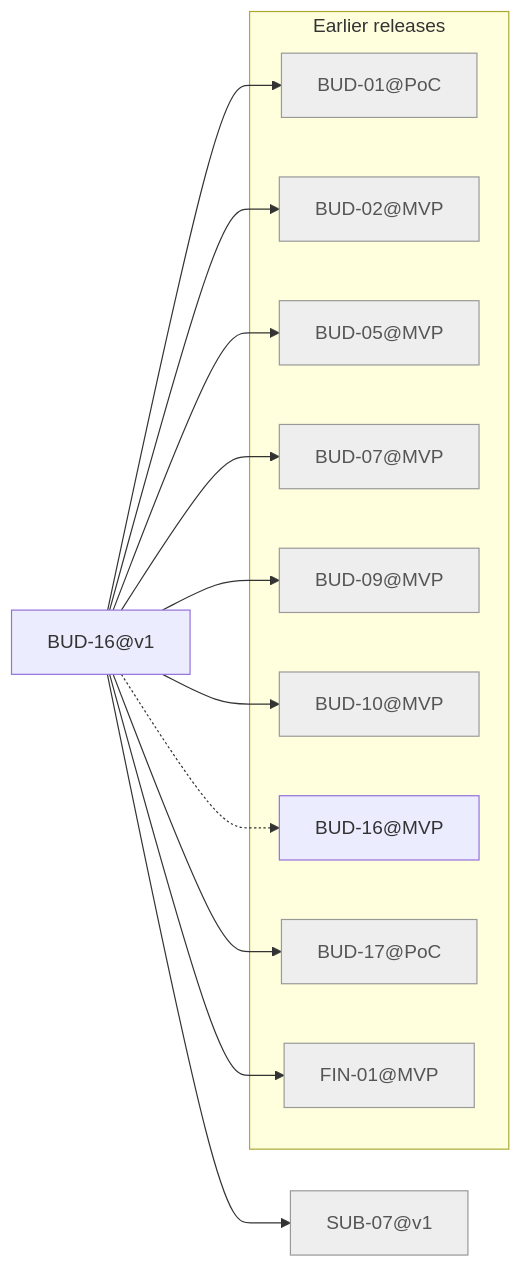
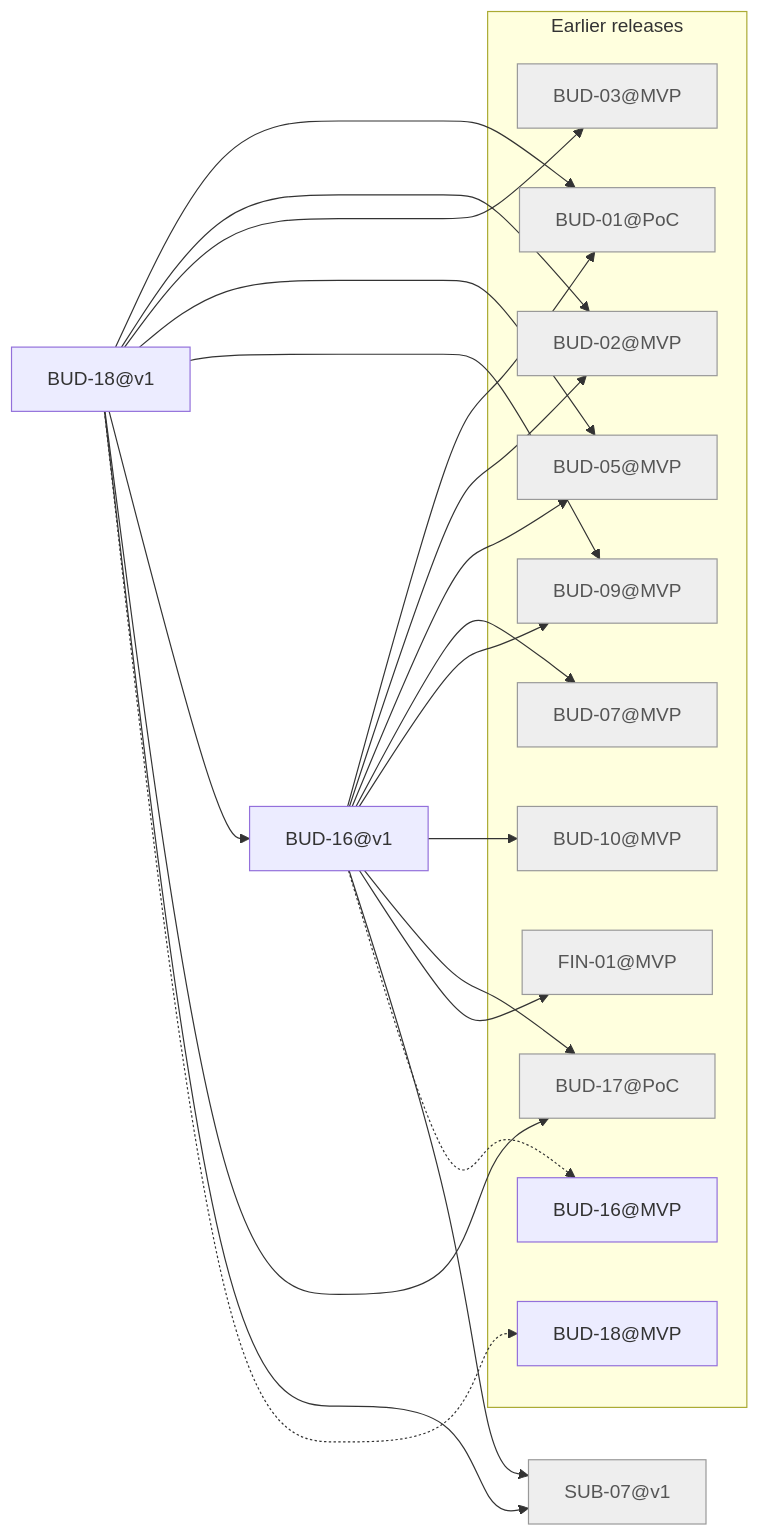
Before and after one commit to minakovval/Willowsum: the diagram in docs/traceability/release-v1.md, drawn with Mermaid. The commit also changed other lines of this file and 20 other files, not shown here.

````diff
--- a/docs/traceability/release-v1.md
+++ b/docs/traceability/release-v1.md
@@ -17,28 +18,40 @@
 ```mermaid
 flowchart LR
   BUD_16_v1["BUD-16@v1"]
+  BUD_18_v1["BUD-18@v1"]
   SUB_07_v1["SUB-07@v1"]
   subgraph earlier["Earlier releases"]
     BUD_01_PoC["BUD-01@PoC"]
     BUD_02_MVP["BUD-02@MVP"]
+    BUD_03_MVP["BUD-03@MVP"]
     BUD_05_MVP["BUD-05@MVP"]
     BUD_07_MVP["BUD-07@MVP"]
     BUD_09_MVP["BUD-09@MVP"]
     BUD_10_MVP["BUD-10@MVP"]
     BUD_16_MVP["BUD-16@MVP"]
     BUD_17_PoC["BUD-17@PoC"]
+    BUD_18_MVP["BUD-18@MVP"]
     FIN_01_MVP["FIN-01@MVP"]
   end
   BUD_16_v1 --> BUD_01_PoC
   BUD_16_v1 --> BUD_02_MVP
   BUD_16_v1 --> BUD_05_MVP
   BUD_16_v1 --> BUD_07_MVP
   BUD_16_v1 --> BUD_09_MVP
   BUD_16_v1 --> BUD_10_MVP
   BUD_16_v1 --> BUD_17_PoC
   BUD_16_v1 --> FIN_01_MVP
   BUD_16_v1 --> SUB_07_v1
   BUD_16_v1 -.-> BUD_16_MVP
+  BUD_18_v1 --> BUD_01_PoC
+  BUD_18_v1 --> BUD_02_MVP
+  BUD_18_v1 --> BUD_03_MVP
+  BUD_18_v1 --> BUD_05_MVP
+  BUD_18_v1 --> BUD_09_MVP
+  BUD_18_v1 --> BUD_16_v1
+  BUD_18_v1 --> BUD_17_PoC
+  BUD_18_v1 --> SUB_07_v1
+  BUD_18_v1 -.-> BUD_18_MVP
   classDef notMigrated fill:#eee,stroke:#999,color:#555
-  class BUD_01_PoC,BUD_02_MVP,BUD_05_MVP,BUD_07_MVP,BUD_09_MVP,BUD_10_MVP,BUD_17_PoC,FIN_01_MVP,SUB_07_v1 notMigrated
+  class BUD_01_PoC,BUD_02_MVP,BUD_03_MVP,BUD_05_MVP,BUD_07_MVP,BUD_09_MVP,BUD_10_MVP,BUD_17_PoC,FIN_01_MVP,SUB_07_v1 notMigrated
 ```
````
